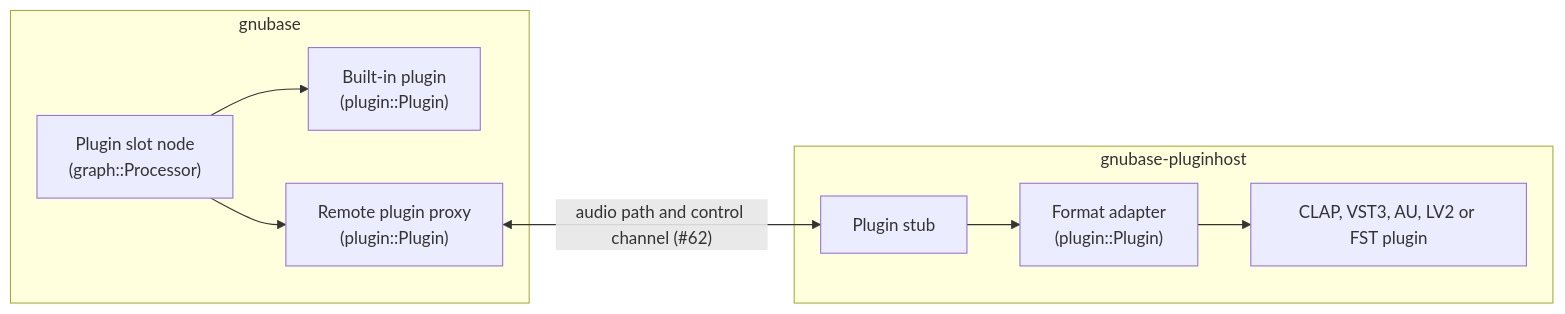
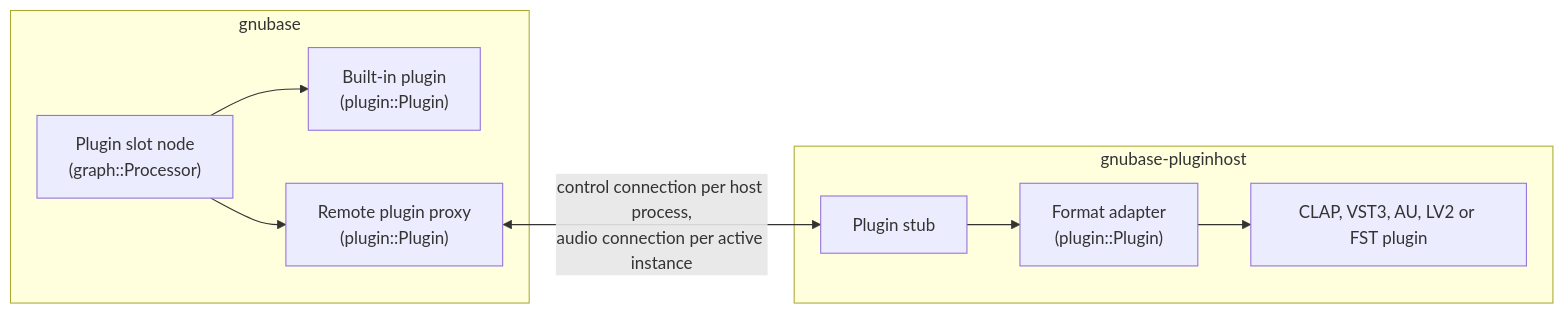
One commit to GNUbase/GNUbase changed the first of 2 diagrams in docs/plugin-api.md. Above: the diagram before and after it, drawn with Mermaid. The commit also changed other lines of this file and 8 other files, not shown here.

````diff
--- a/docs/plugin-api.md
+++ b/docs/plugin-api.md
@@ -15,17 +15,17 @@
 ```mermaid
 flowchart LR
   subgraph app["gnubase"]
     Node["Plugin slot node<br>(graph::Processor)"]
     Builtin["Built-in plugin<br>(plugin::Plugin)"]
     Proxy["Remote plugin proxy<br>(plugin::Plugin)"]
   end
   subgraph host["gnubase-pluginhost"]
     Stub["Plugin stub"]
     Adapter["Format adapter<br>(plugin::Plugin)"]
     Plugin["CLAP, VST3, AU, LV2 or FST plugin"]
   end
   Node --> Builtin
   Node --> Proxy
-  Proxy <-->|"audio path and control channel (#62)"| Stub
+  Proxy <-->|"control connection per host process,<br>audio connection per active instance"| Stub
   Stub --> Adapter --> Plugin
 ```
````
